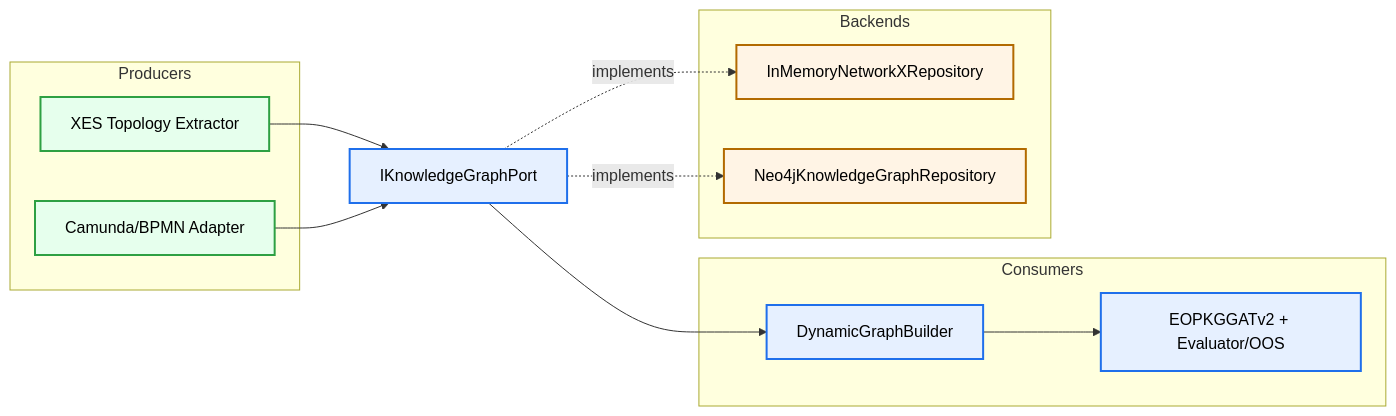
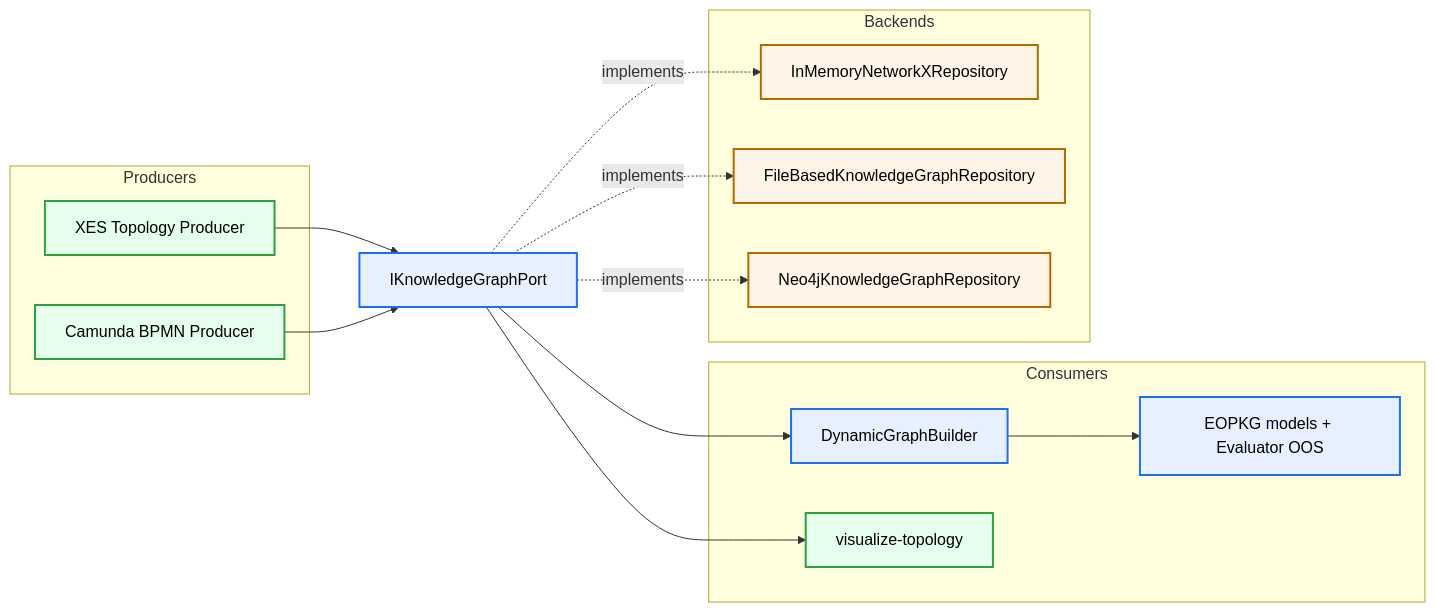
The diagram in docs/worklogs/mvp2_5_general_plan.MD (ghsrg/bpm_prediction), drawn with Mermaid before and after one commit. The commit also changed other lines of this file and 25 other files, not shown here.

````diff
--- a/docs/worklogs/mvp2_5_general_plan.MD
+++ b/docs/worklogs/mvp2_5_general_plan.MD
@@ -75,31 +143,35 @@
 ```mermaid
 flowchart LR
     classDef domain fill:#e6f0ff,stroke:#1f6feb,stroke-width:2px,color:#000;
     classDef app fill:#e6ffed,stroke:#2ea043,stroke-width:2px,color:#000;
     classDef infra fill:#fff4e5,stroke:#b26a00,stroke-width:2px,color:#000;
 
     subgraph Producers
-      XES[XES Topology Extractor]:::app
-      CAM[Camunda/BPMN Adapter]:::app
+      XES[XES Topology Producer]:::app
+      CAMBPMN[Camunda BPMN Producer]:::app
     end
 
     PORT[IKnowledgeGraphPort]:::domain
 
     subgraph Consumers
       DGB[DynamicGraphBuilder]:::domain
-      MODEL[EOPKGGATv2 + Evaluator/OOS]:::domain
+      MODEL[EOPKG models + Evaluator OOS]:::domain
+      VIS[visualize-topology]:::app
     end
 
     subgraph Backends
       MEM[InMemoryNetworkXRepository]:::infra
+      FILE[FileBasedKnowledgeGraphRepository]:::infra
       NEO[Neo4jKnowledgeGraphRepository]:::infra
     end
 
     XES --> PORT
-    CAM --> PORT
+    CAMBPMN --> PORT
     PORT --> DGB
     DGB --> MODEL
+    PORT --> VIS
 
     PORT -.implements.-> MEM
+    PORT -.implements.-> FILE
     PORT -.implements.-> NEO
 ```
````
